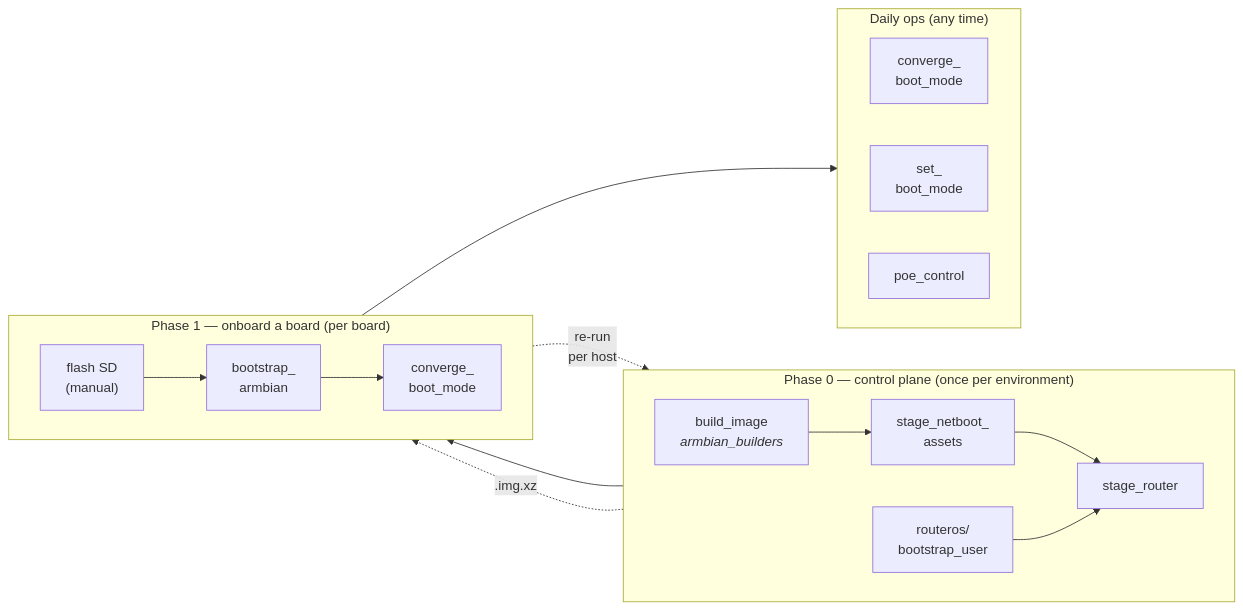
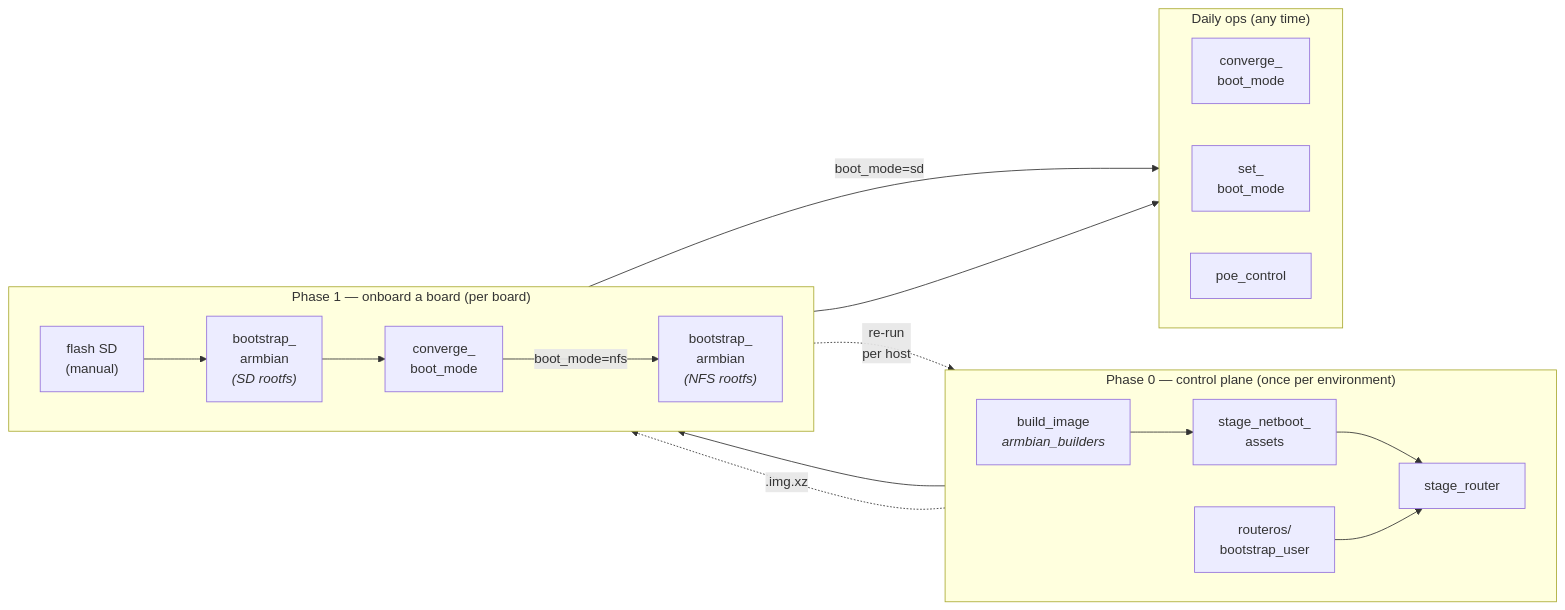
The diagram in README.md (david-igou/ansible-collection-armbian), drawn with Mermaid before and after one commit. The commit also changed other lines of this file, not shown here.

Commit message:
docs(README): show SD vs NFS bootstrap split in Phase 1
The SD rootfs and per-host NFS rootfs are independent filesystems, each
cloned from the upstream Armbian image. Neither has the inventory's
ansible_user until bootstrap_armbian runs against the board while
booted into that rootfs. Boards declared boot_mode=sd need one
bootstrap; boards declared boot_mode=nfs need a second bootstrap after
the first NFS boot.

Diagram now branches at converge_boot_mode: boot_mode=sd edges
straight into Daily ops; boot_mode=nfs flows through a second
bootstrap_armbian (NFS rootfs) before Daily ops. Prose elaborates the
rootfs-independence reason.

````diff
--- a/README.md
+++ b/README.md
@@ -100,33 +110,36 @@
 ```mermaid
 flowchart LR
     subgraph P0["Phase 0 — control plane (once per environment)"]
         direction LR
         BI["build_image<br/><i>armbian_builders</i>"]
         BU["routeros/<br/>bootstrap_user"]
         SN0["stage_netboot_<br/>assets"]
         SR0["stage_router"]
         BI --> SN0
         SN0 --> SR0
         BU --> SR0
     end
 
     subgraph P1["Phase 1 — onboard a board (per board)"]
         direction LR
         FL["flash SD<br/>(manual)"]
-        BA["bootstrap_<br/>armbian"]
+        BA_SD["bootstrap_<br/>armbian<br/><i>(SD rootfs)</i>"]
         CB1["converge_<br/>boot_mode"]
-        FL --> BA --> CB1
+        BA_NFS["bootstrap_<br/>armbian<br/><i>(NFS rootfs)</i>"]
+        FL --> BA_SD --> CB1
+        CB1 -- "boot_mode=nfs" --> BA_NFS
     end
 
     subgraph DO["Daily ops (any time)"]
         direction LR
         CB["converge_<br/>boot_mode"]
         SBM["set_<br/>boot_mode"]
         PC["poe_control"]
     end
 
     SR0 --> FL
     BI -.->|".img.xz"| FL
-    BA -.->|"re-run<br/>per host"| SN0
-    CB1 --> CB
+    BA_SD -.->|"re-run<br/>per host"| SN0
+    CB1 -- "boot_mode=sd" --> CB
+    BA_NFS --> CB
 ```
````
